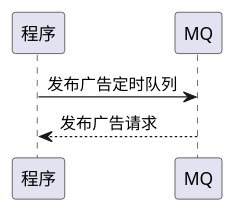
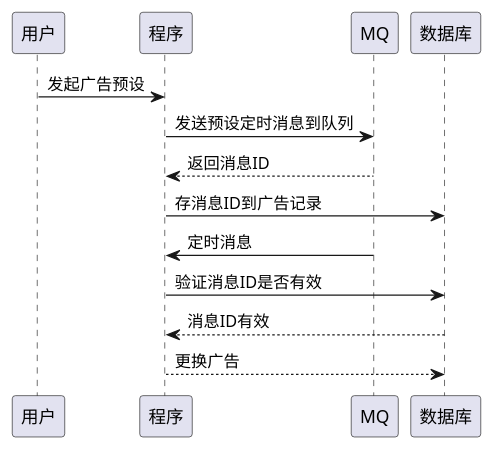
One commit to pogy/main-pom changed the diagram in main4-spread/main4-spread-api/src/main/resources/goat_sequence.puml. Above: the diagram before and after it, drawn with PlantUML.

Commit message:
uml设计

```diff
--- a/main4-spread/main4-spread-api/src/main/resources/goat_sequence.puml
+++ b/main4-spread/main4-spread-api/src/main/resources/goat_sequence.puml
@@ -1,5 +1,11 @@
 @startuml
-程序 -> MQ: 发布广告定时队列
-MQ --> 程序: 发布广告请求
+用户 -> 程序: 发起广告预设
+程序 -> MQ: 发送预设定时消息到队列
+MQ --> 程序: 返回消息ID
+程序 -> 数据库: 存消息ID到广告记录
+MQ -> 程序: 定时消息
+程序 -> 数据库: 验证消息ID是否有效
+数据库 --> 程序: 消息ID有效
+程序 --> 数据库: 更换广告
 
 @enduml
```
